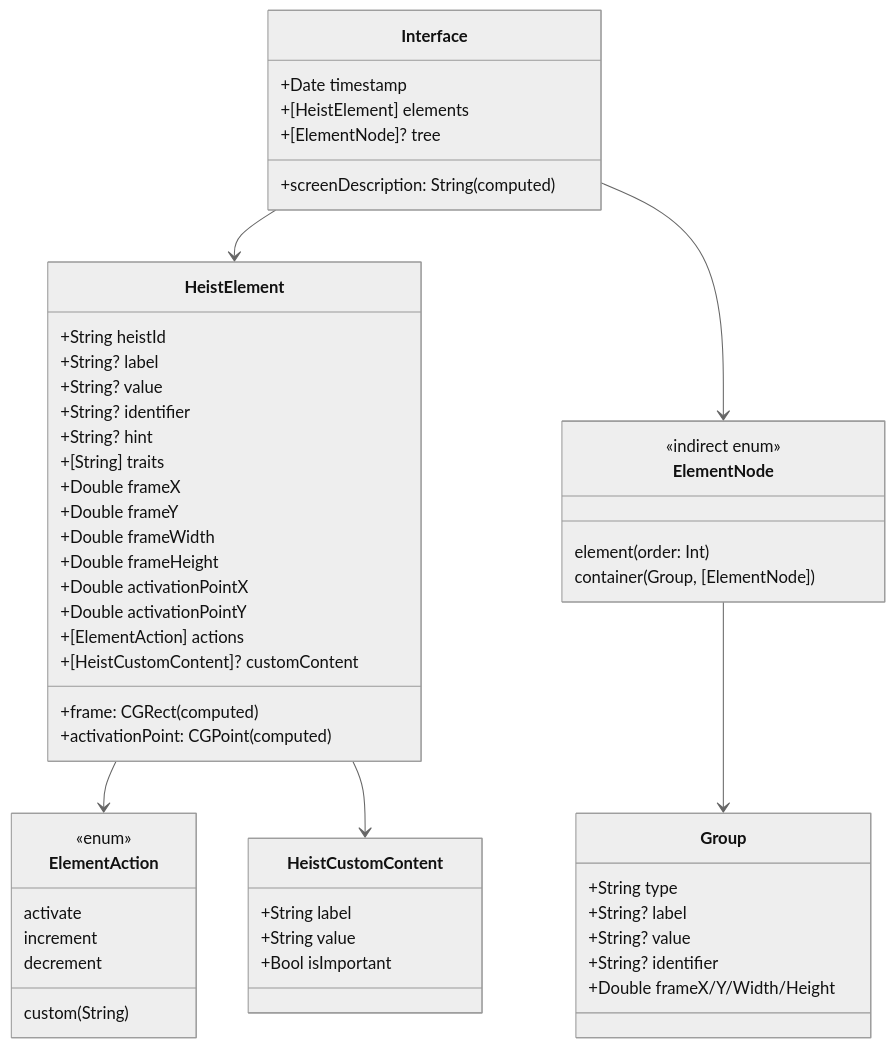
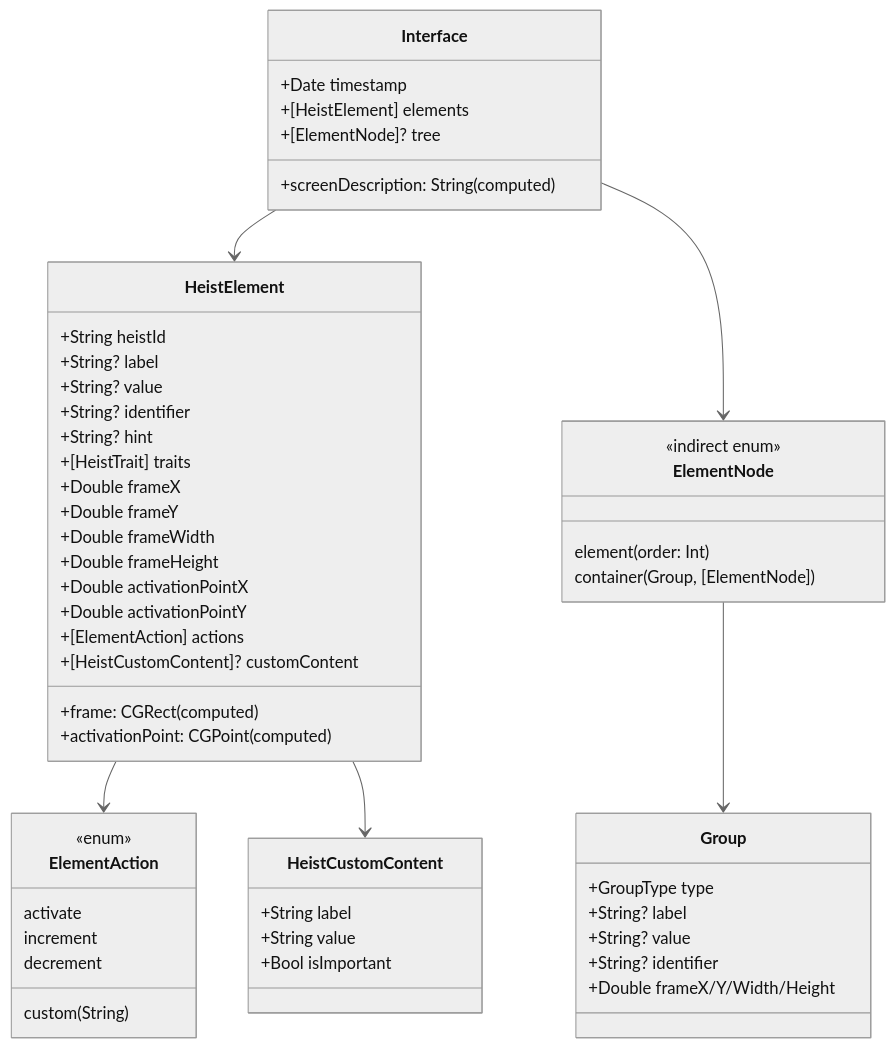
One commit to RoyalPineapple/TheButtonHeist changed the third of 7 diagrams in docs/dossiers/01-THESCORE.md. Above: the diagram before and after it, drawn with Mermaid (neutral theme). The commit also changed other lines of this file and 17 other files, not shown here.

````diff
--- a/docs/dossiers/01-THESCORE.md
+++ b/docs/dossiers/01-THESCORE.md
@@ -98,62 +99,62 @@
 ```mermaid
 classDiagram
     class Interface {
         +Date timestamp
         +[HeistElement] elements
         +[ElementNode]? tree
         +screenDescription: String (computed)
     }
 
     class HeistElement {
         +String heistId
         +String? label
         +String? value
         +String? identifier
         +String? hint
-        +[String] traits
+        +[HeistTrait] traits
         +Double frameX
         +Double frameY
         +Double frameWidth
         +Double frameHeight
         +Double activationPointX
         +Double activationPointY
         +[ElementAction] actions
         +[HeistCustomContent]? customContent
         +frame: CGRect (computed)
         +activationPoint: CGPoint (computed)
     }
 
     class ElementNode {
         <<indirect enum>>
         element(order: Int)
         container(Group, [ElementNode])
     }
 
     class Group {
-        +String type
+        +GroupType type
         +String? label
         +String? value
         +String? identifier
         +Double frameX/Y/Width/Height
     }
 
     class ElementAction {
         <<enum>>
         activate
         increment
         decrement
         custom(String)
     }
 
     class HeistCustomContent {
         +String label
         +String value
         +Bool isImportant
     }
 
     Interface --> HeistElement
     Interface --> ElementNode
     ElementNode --> Group
     HeistElement --> ElementAction
     HeistElement --> HeistCustomContent
 ```
````
